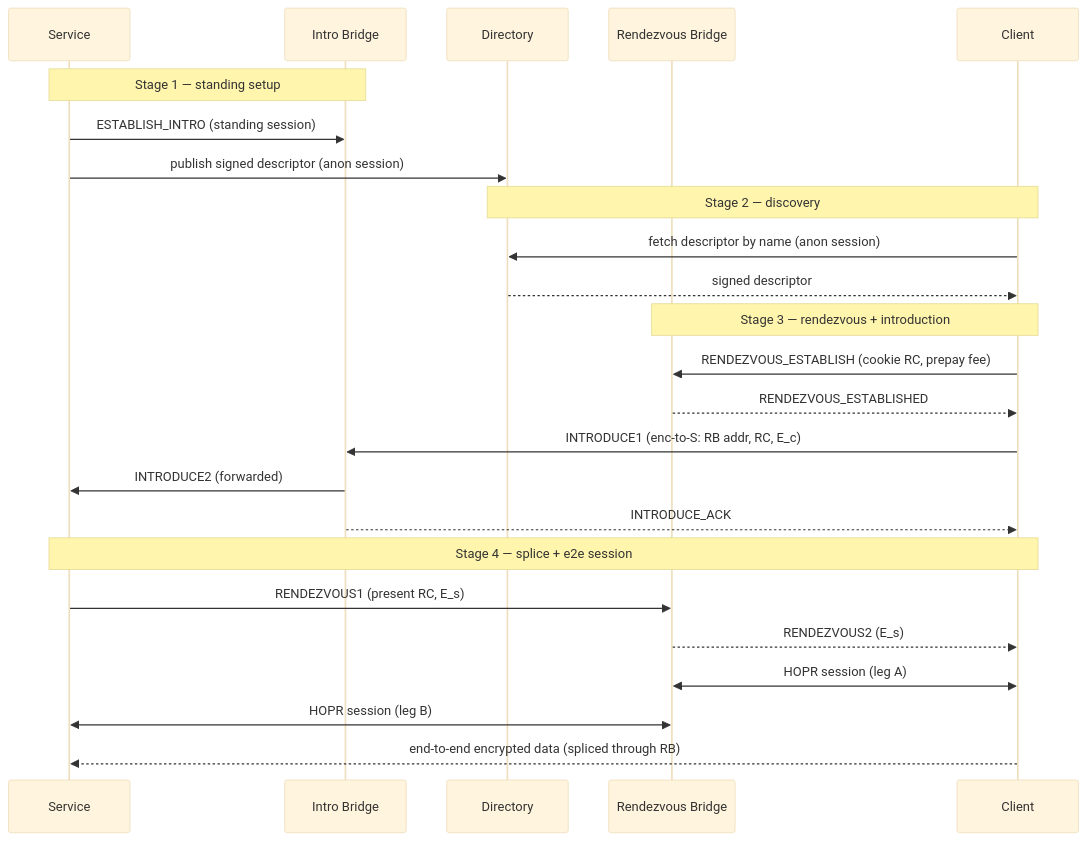
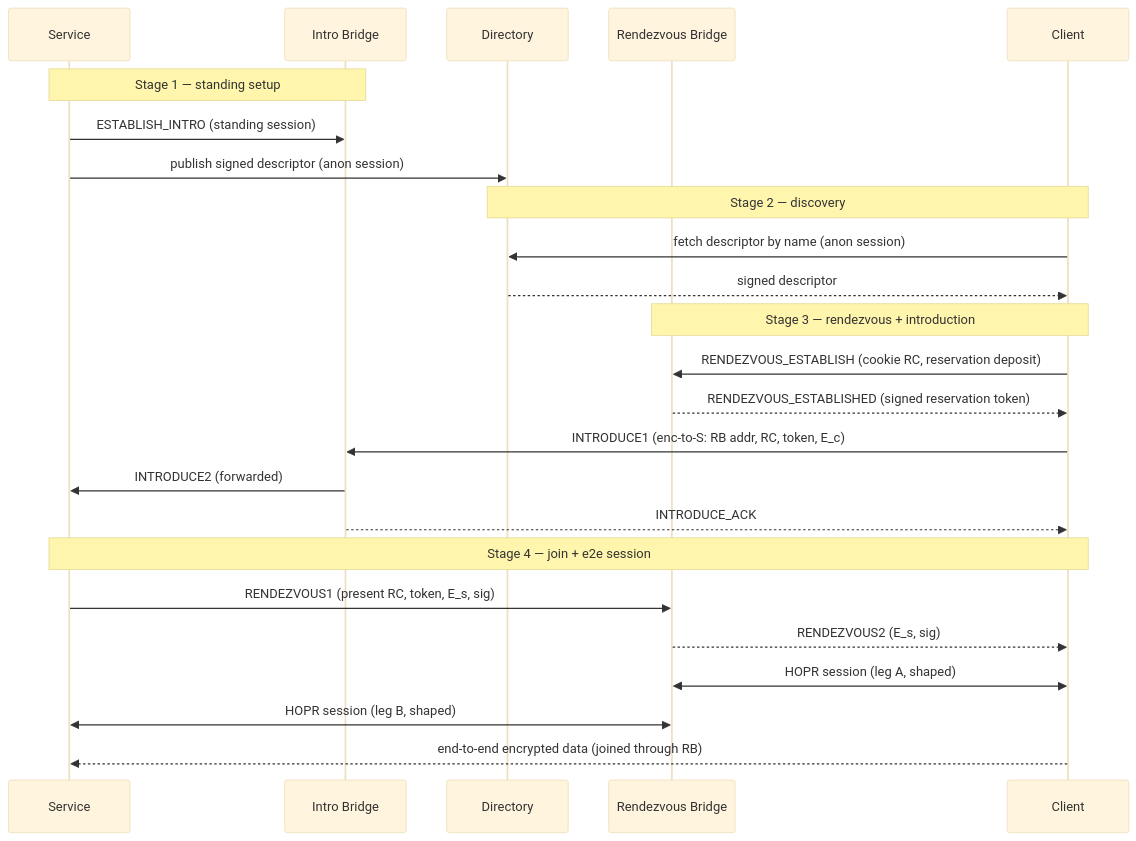
Before and after one commit to hoprnet/rfc: the diagram in rfcs/RFC-0015-onion-services/0015-onion-services.md, drawn with Mermaid (base theme). The commit also changed other lines of this file and 2 other files, not shown here.

````diff
--- a/rfcs/RFC-0015-onion-services/0015-onion-services.md
+++ b/rfcs/RFC-0015-onion-services/0015-onion-services.md
@@ -156,30 +173,30 @@
 ```mermaid
 sequenceDiagram
     participant S as Service
     participant IB as Intro Bridge
     participant DIR as Directory
     participant RB as Rendezvous Bridge
     participant C as Client
 
     Note over S,IB: Stage 1 — standing setup
     S->>IB: ESTABLISH_INTRO (standing session)
     S->>DIR: publish signed descriptor (anon session)
 
     Note over C,DIR: Stage 2 — discovery
     C->>DIR: fetch descriptor by name (anon session)
     DIR-->>C: signed descriptor
 
     Note over C,RB: Stage 3 — rendezvous + introduction
-    C->>RB: RENDEZVOUS_ESTABLISH (cookie RC, prepay fee)
-    RB-->>C: RENDEZVOUS_ESTABLISHED
-    C->>IB: INTRODUCE1 (enc-to-S: RB addr, RC, E_c)
+    C->>RB: RENDEZVOUS_ESTABLISH (cookie RC, reservation deposit)
+    RB-->>C: RENDEZVOUS_ESTABLISHED (signed reservation token)
+    C->>IB: INTRODUCE1 (enc-to-S: RB addr, RC, token, E_c)
     IB->>S: INTRODUCE2 (forwarded)
     IB-->>C: INTRODUCE_ACK
 
-    Note over S,C: Stage 4 — splice + e2e session
-    S->>RB: RENDEZVOUS1 (present RC, E_s)
-    RB-->>C: RENDEZVOUS2 (E_s)
-    C<<->>RB: HOPR session (leg A)
-    S<<->>RB: HOPR session (leg B)
-    C-->>S: end-to-end encrypted data (spliced through RB)
+    Note over S,C: Stage 4 — join + e2e session
+    S->>RB: RENDEZVOUS1 (present RC, token, E_s, sig)
+    RB-->>C: RENDEZVOUS2 (E_s, sig)
+    C<<->>RB: HOPR session (leg A, shaped)
+    S<<->>RB: HOPR session (leg B, shaped)
+    C-->>S: end-to-end encrypted data (joined through RB)
 ```
````
